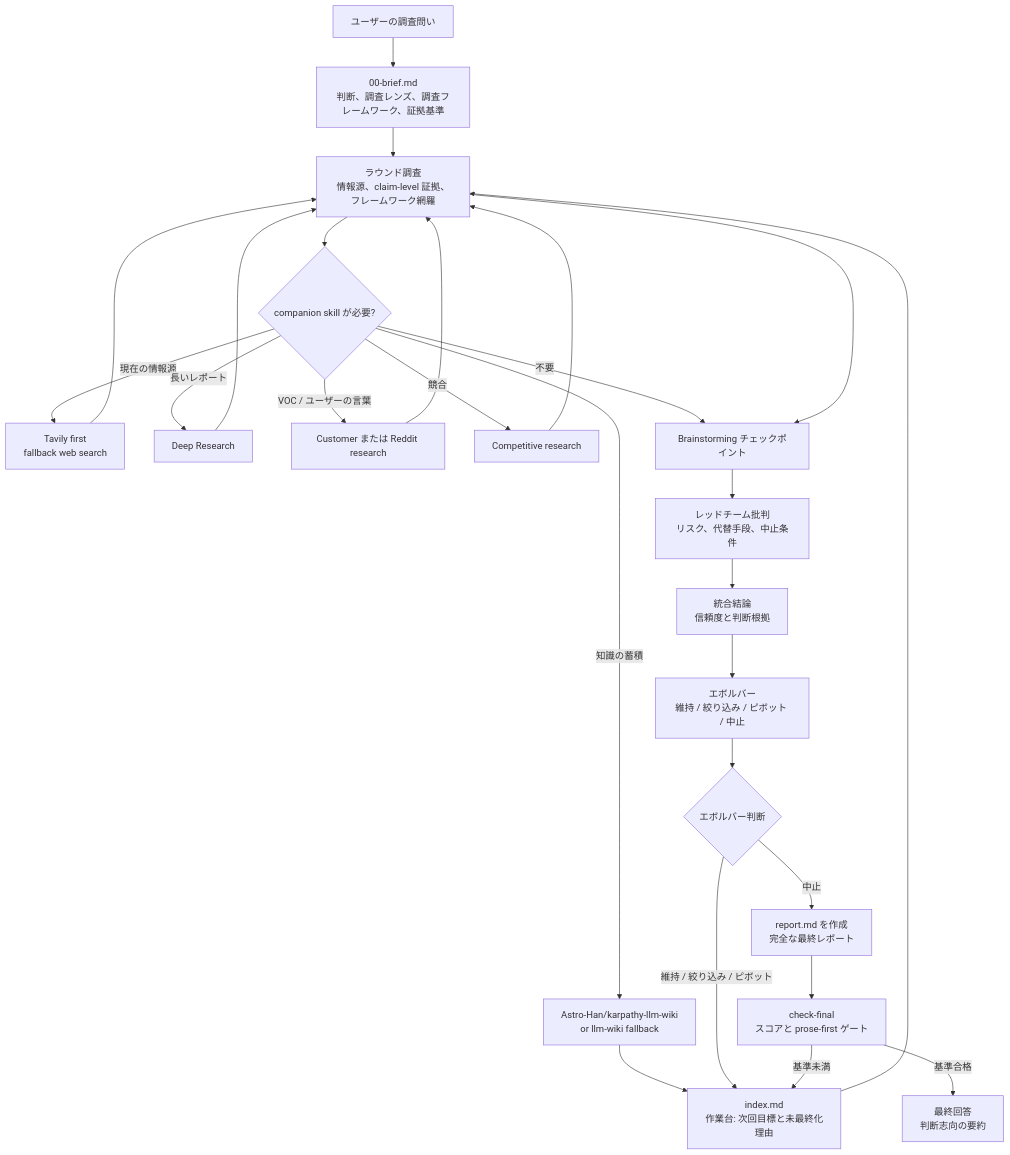
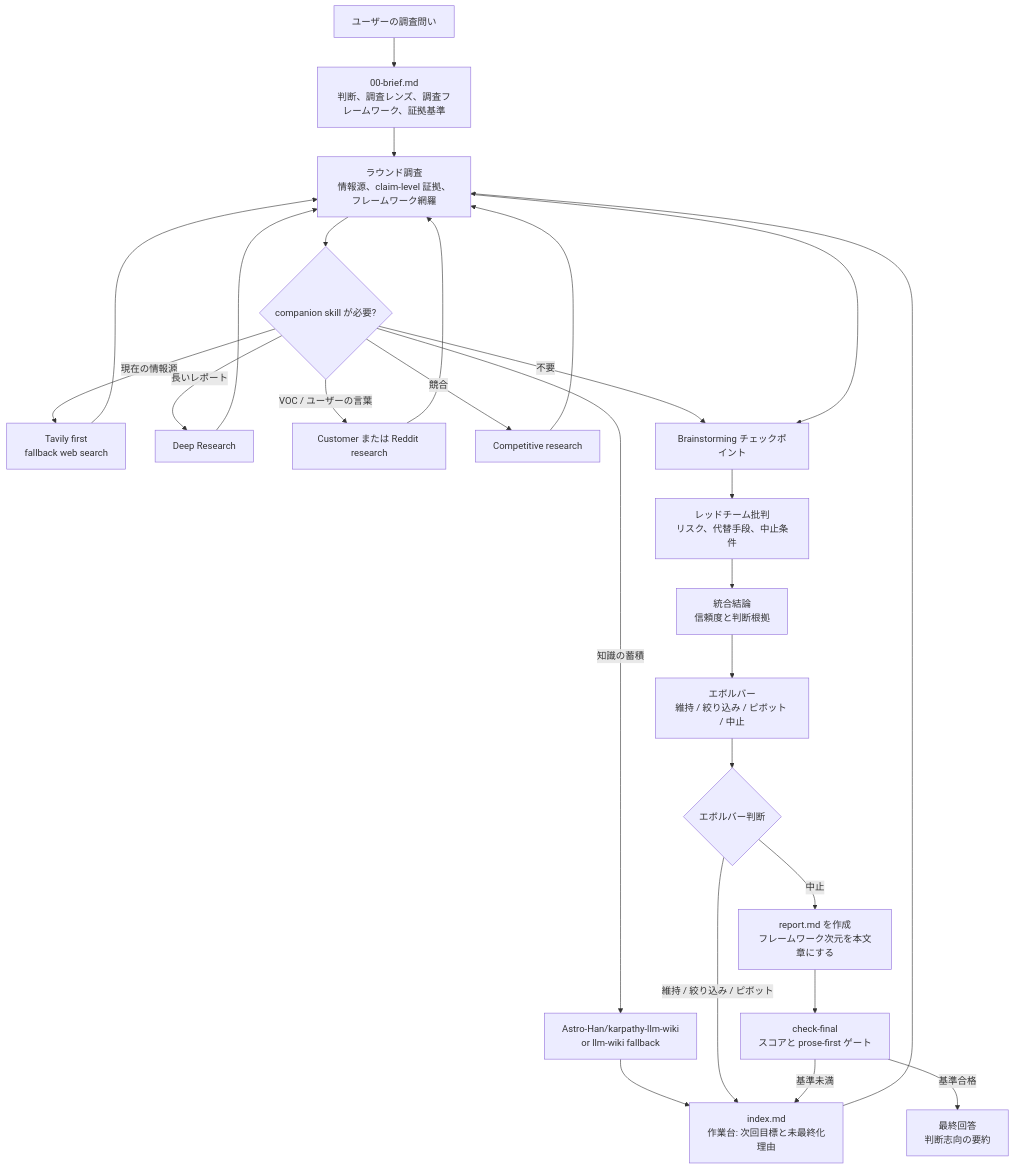
Before and after one commit to GoatGit/super-survey: the diagram in README.ja.md, drawn with Mermaid. The commit also changed other lines of this file and 6 other files, not shown here.

````diff
--- a/README.ja.md
+++ b/README.ja.md
@@ -181,28 +186,28 @@
 ```mermaid
 flowchart TD
     A[ユーザーの調査問い] --> B[00-brief.md<br/>判断、調査レンズ、調査フレームワーク、証拠基準]
     B --> C[ラウンド調査<br/>情報源、claim-level 証拠、フレームワーク網羅]
     C --> D{companion skill が必要?}
     D -->|現在の情報源| D1[Tavily first<br/>fallback web search]
     D -->|長いレポート| D2[Deep Research]
     D -->|VOC / ユーザーの言葉| D3[Customer または Reddit research]
     D -->|競合| D4[Competitive research]
     D -->|知識の蓄積| D5[Astro-Han/karpathy-llm-wiki<br/>or llm-wiki fallback]
     D -->|不要| E[Brainstorming チェックポイント]
     D1 --> C
     D2 --> C
     D3 --> C
     D4 --> C
     D5 --> I[index.md]
     C --> E[Brainstorming チェックポイント]
     E --> F[レッドチーム批判<br/>リスク、代替手段、中止条件]
     F --> G[統合結論<br/>信頼度と判断根拠]
     G --> H[エボルバー<br/>維持 / 絞り込み / ピボット / 中止]
     H --> Q{エボルバー判断}
     Q -->|維持 / 絞り込み / ピボット| I[index.md<br/>作業台: 次回目標と未最終化理由]
     I --> C
-    Q -->|中止| J[report.md を作成<br/>完全な最終レポート]
+    Q -->|中止| J[report.md を作成<br/>フレームワーク次元を本文章にする]
     J --> R[check-final<br/>スコアと prose-first ゲート]
     R -->|基準未満| I
     R -->|基準合格| K[最終回答<br/>判断志向の要約]
 ```
````
